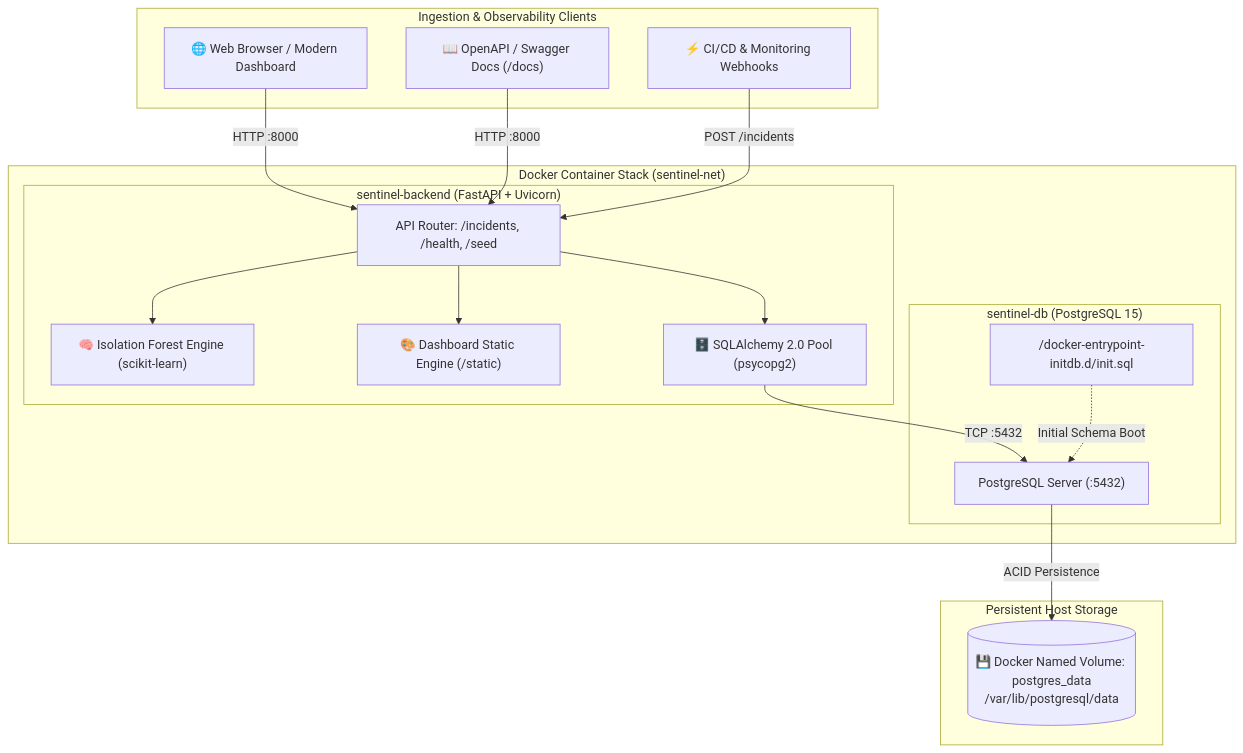
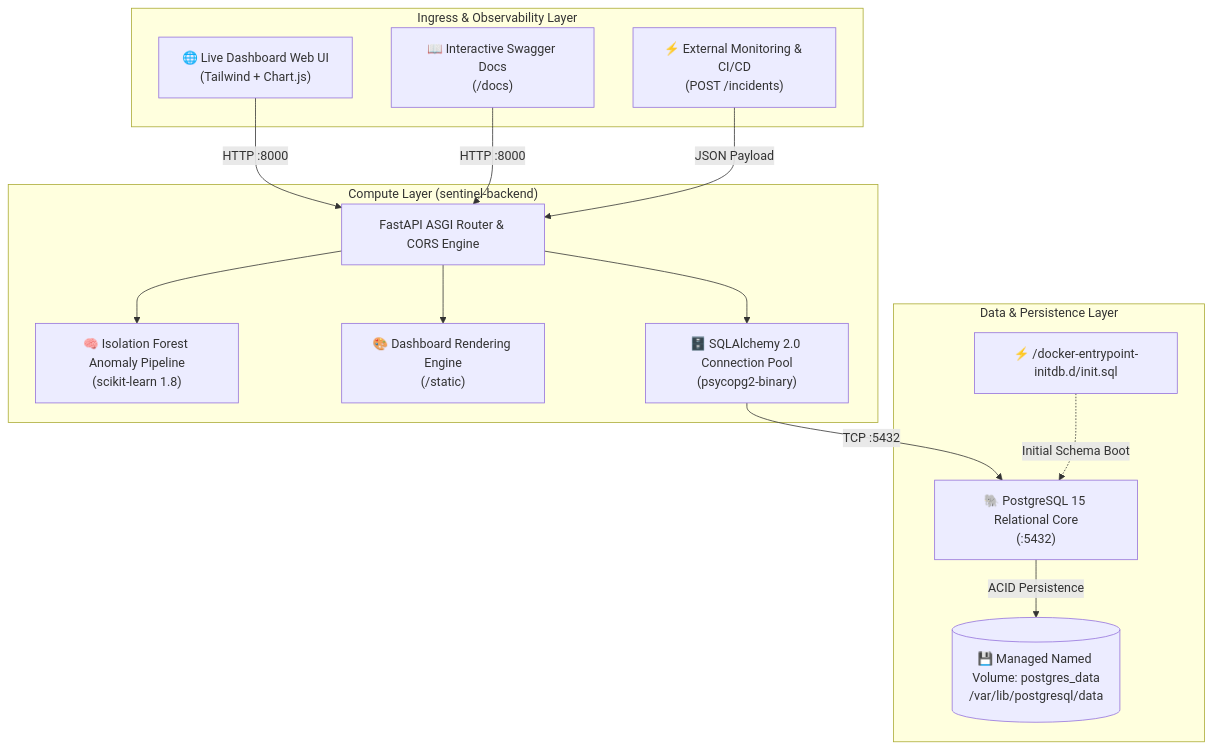
One commit to Nitanshu715/SentinelAI-Containerized-DevOps-Incident-Intelligence-System changed the diagram in README.md. Above: the diagram before and after it, drawn with Mermaid. The commit also changed other lines of this file and 3 other files, not shown here.

Commit message:
Add modern cyber dashboard, live Vercel links, and comprehensive documentation

````diff
--- a/README.md
+++ b/README.md
@@ -80,36 +93,31 @@
 ```mermaid
 flowchart TD
-    subgraph Clients["Ingestion & Observability Clients"]
-        Browser["🌐 Web Browser / Modern Dashboard"]
-        Swagger["📖 OpenAPI / Swagger Docs (/docs)"]
-        Webhook["⚡ CI/CD & Monitoring Webhooks"]
+    subgraph Clients["Ingress & Observability Layer"]
+        Browser["🌐 Live Dashboard Web UI<br/>(Tailwind + Chart.js)"]
+        Swagger["📖 Interactive Swagger Docs<br/>(/docs)"]
+        Webhook["⚡ External Monitoring & CI/CD<br/>(POST /incidents)"]
     end
 
-    subgraph DockerHost["Docker Container Stack (sentinel-net)"]
-        subgraph Backend["sentinel-backend (FastAPI + Uvicorn)"]
-            Router["API Router: /incidents, /health, /seed"]
-            MLEngine["🧠 Isolation Forest Engine (scikit-learn)"]
-            StaticUI["🎨 Dashboard Static Engine (/static)"]
-            DBPool["🗄️ SQLAlchemy 2.0 Pool (psycopg2)"]
-        end
-
-        subgraph Database["sentinel-db (PostgreSQL 15)"]
-            InitHook["/docker-entrypoint-initdb.d/init.sql"]
-            PostgresCore["PostgreSQL Server (:5432)"]
-        end
+    subgraph Platform["Compute Layer (sentinel-backend)"]
+        Router["FastAPI ASGI Router & CORS Engine"]
+        MLEngine["🧠 Isolation Forest Anomaly Pipeline<br/>(scikit-learn 1.8)"]
+        StaticUI["🎨 Dashboard Rendering Engine<br/>(/static)"]
+        DBPool["🗄️ SQLAlchemy 2.0 Connection Pool<br/>(psycopg2-binary)"]
     end
 
-    subgraph Storage["Persistent Host Storage"]
-        NamedVolume[("💾 Docker Named Volume: postgres_data<br/>/var/lib/postgresql/data")]
+    subgraph StorageLayer["Data & Persistence Layer"]
+        PostgresCore["🐘 PostgreSQL 15 Relational Core<br/>(:5432)"]
+        InitHook["⚡ /docker-entrypoint-initdb.d/init.sql"]
+        NamedVolume[("💾 Managed Named Volume: postgres_data<br/>/var/lib/postgresql/data")]
     end
 
     Browser -->|HTTP :8000| Router
     Swagger -->|HTTP :8000| Router
-    Webhook -->|POST /incidents| Router
+    Webhook -->|JSON Payload| Router
     Router --> StaticUI
     Router --> MLEngine
     Router --> DBPool
     DBPool -->|TCP :5432| PostgresCore
     InitHook -.->|Initial Schema Boot| PostgresCore
     PostgresCore -->|ACID Persistence| NamedVolume
 ```
````
